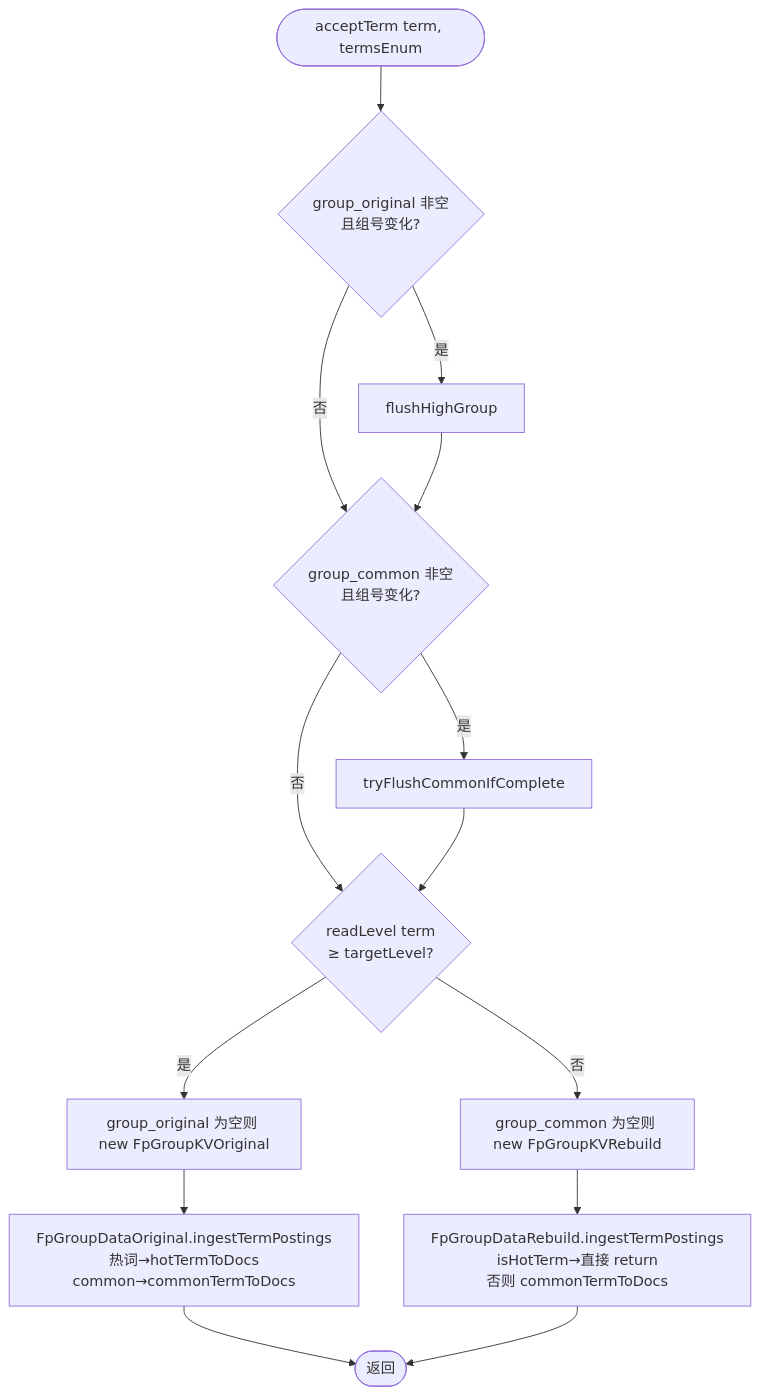
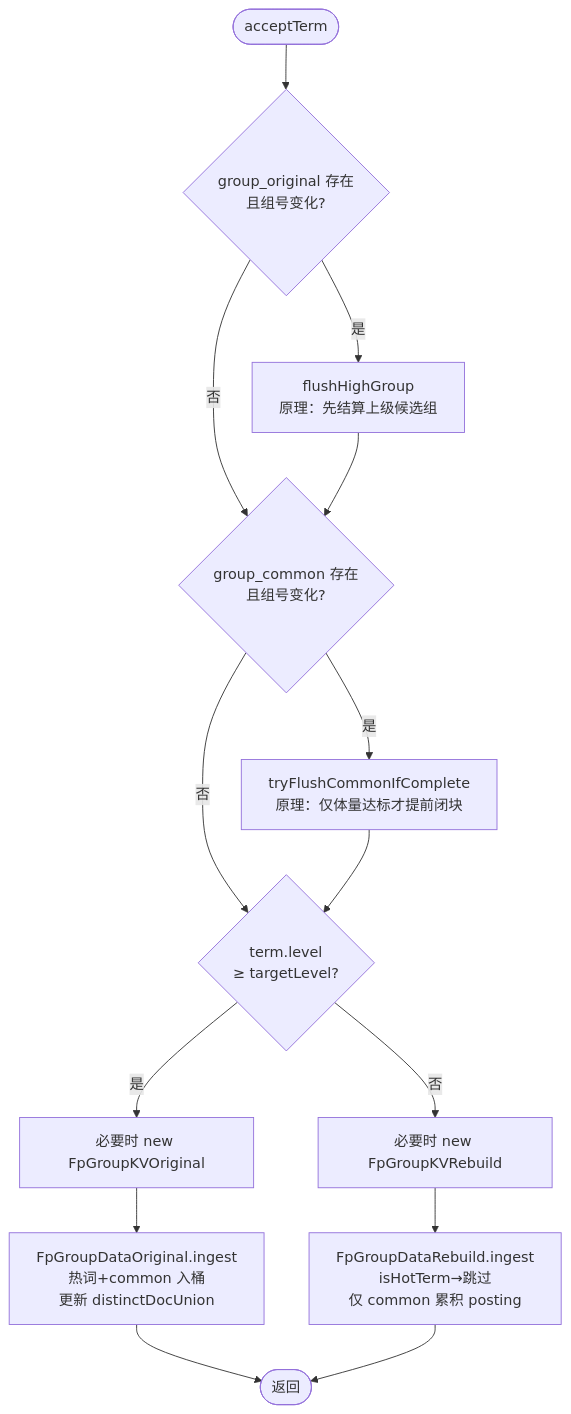
One commit to muqingyu2015/fptoken changed the seventh of 16 diagrams in README.md. Above: the diagram before and after it, drawn with Mermaid. The commit also changed other lines of this file, not shown here.

Commit message:
流程图

````diff
--- a/README.md
+++ b/README.md
@@ -176,18 +250,18 @@
 ```mermaid
 flowchart TD
-  Start([acceptTerm term, termsEnum]) --> ChgH{group_original 非空<br/>且组号变化?}
-  ChgH -->|是| FH[flushHighGroup]
+  Start([acceptTerm]) --> ChgH{group_original 存在<br/>且组号变化?}
+  ChgH -->|是| FH[flushHighGroup<br/>原理：先结算上级候选组]
   ChgH -->|否| ChgC
-  FH --> ChgC{group_common 非空<br/>且组号变化?}
-  ChgC -->|是| TC[tryFlushCommonIfComplete]
+  FH --> ChgC{group_common 存在<br/>且组号变化?}
+  ChgC -->|是| TC[tryFlushCommonIfComplete<br/>原理：仅体量达标才提前闭块]
   ChgC -->|否| Lev
-  TC --> Lev{readLevel term<br/>≥ targetLevel?}
+  TC --> Lev{term.level<br/>≥ targetLevel?}
 
-  Lev -->|是| EnsO[group_original 为空则 new FpGroupKVOriginal]
-  EnsO --> IngO[FpGroupDataOriginal.ingestTermPostings<br/>热词→hotTermToDocs<br/>common→commonTermToDocs]
+  Lev -->|是| EnsO[必要时 new FpGroupKVOriginal]
+  EnsO --> IngO[FpGroupDataOriginal.ingest<br/>热词+common 入桶<br/>更新 distinctDocUnion]
   IngO --> End([返回])
 
-  Lev -->|否| EnsC[group_common 为空则 new FpGroupKVRebuild]
-  EnsC --> IngC[FpGroupDataRebuild.ingestTermPostings<br/>isHotTerm→直接 return<br/>否则 commonTermToDocs]
+  Lev -->|否| EnsC[必要时 new FpGroupKVRebuild]
+  EnsC --> IngC[FpGroupDataRebuild.ingest<br/>isHotTerm→跳过<br/>仅 common 累积 posting]
   IngC --> End
 ```
````
